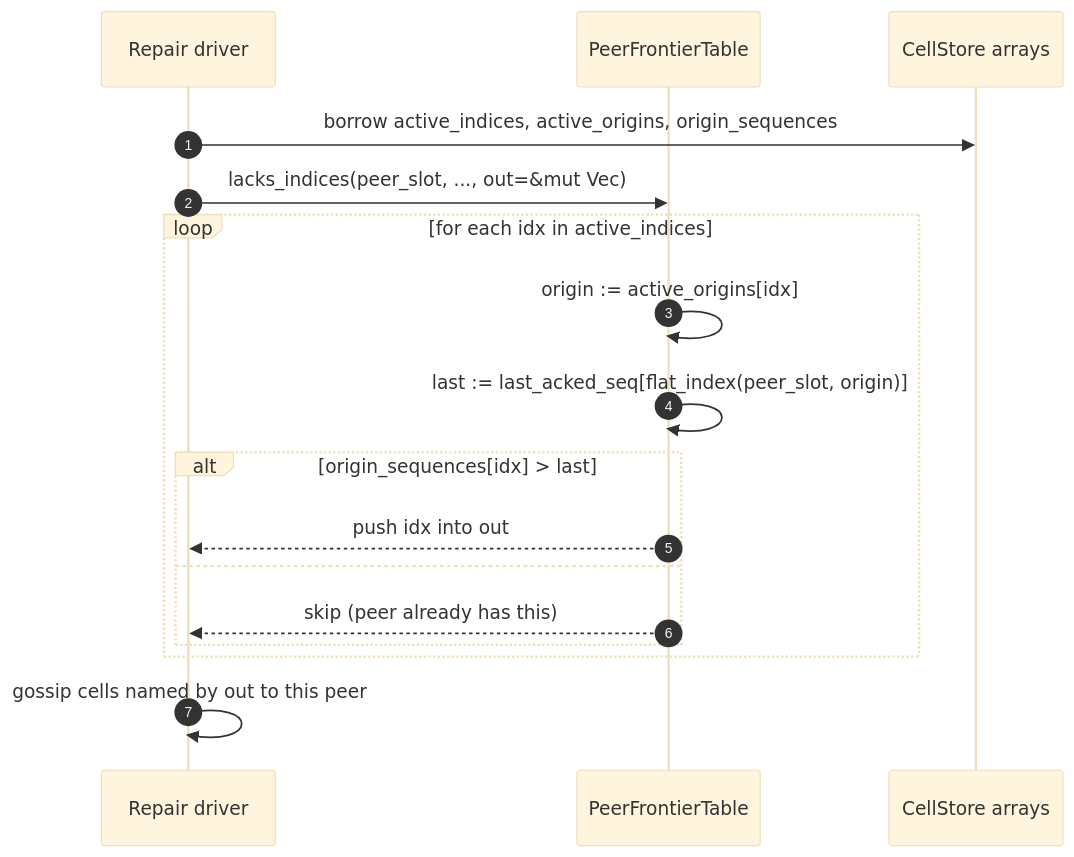
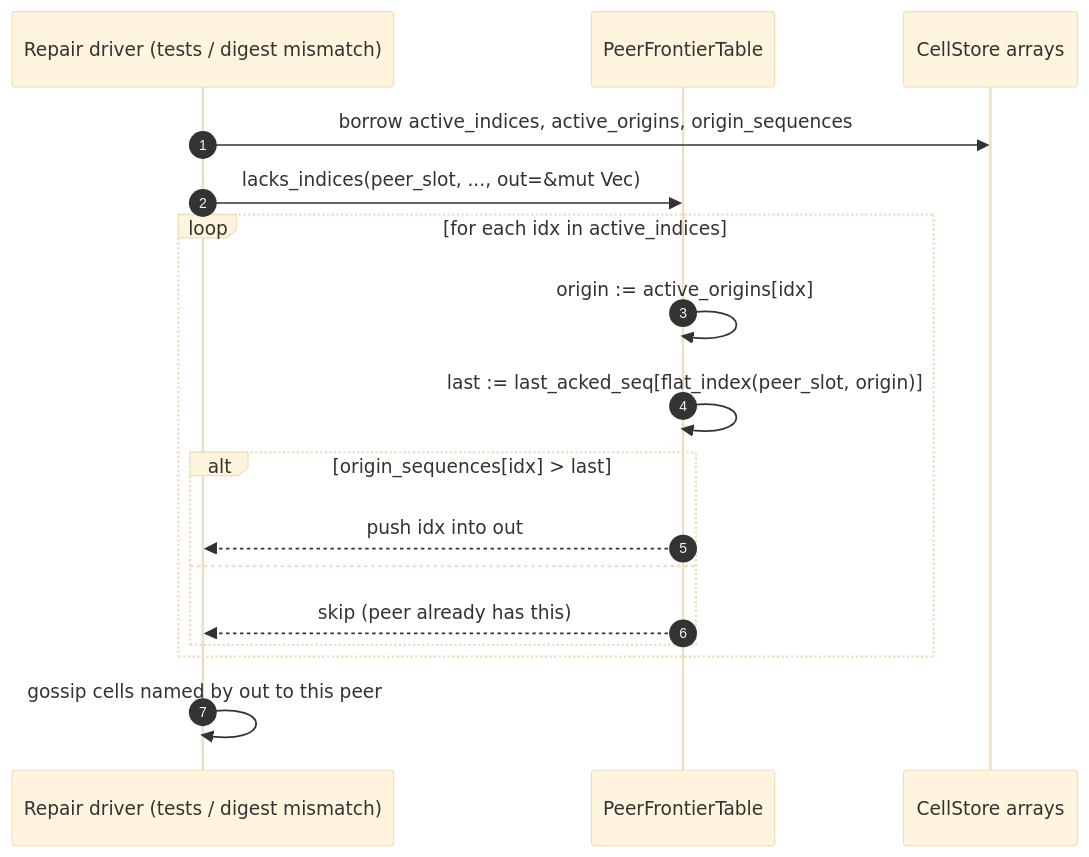
Before and after one commit to prosody-events/gabion: diagram 22 of 22 in crates/gabion/CRDT.md, drawn with Mermaid (base theme). The commit also changed other lines of this file and 7 other files, not shown here.

````diff
--- a/crates/gabion/CRDT.md
+++ b/crates/gabion/CRDT.md
@@ -1327,20 +1390,20 @@
 ```mermaid
 sequenceDiagram
     autonumber
-    participant Repair as Repair driver
+    participant Repair as Repair driver (tests / digest mismatch)
     participant Front as PeerFrontierTable
     participant Cells as CellStore arrays
 
     Repair->>Cells: borrow active_indices, active_origins, origin_sequences
     Repair->>Front: lacks_indices(peer_slot, ..., out=&mut Vec)
     loop for each idx in active_indices
         Front->>Front: origin := active_origins[idx]
         Front->>Front: last := last_acked_seq[flat_index(peer_slot, origin)]
         alt origin_sequences[idx] > last
             Front-->>Repair: push idx into out
         else
             Front-->>Repair: skip (peer already has this)
         end
     end
     Repair->>Repair: gossip cells named by out to this peer
 ```
````
